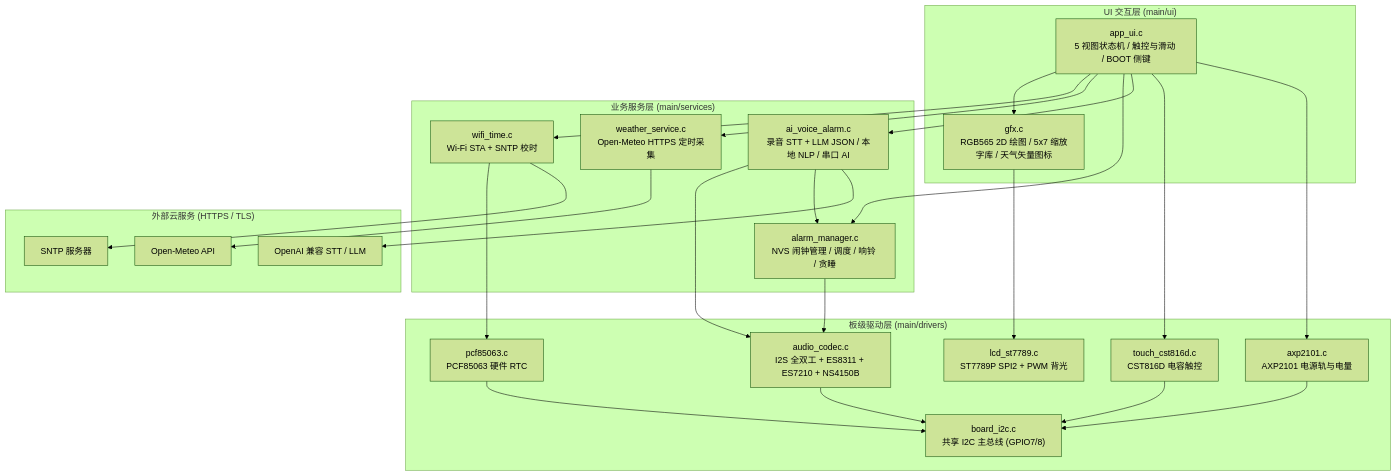
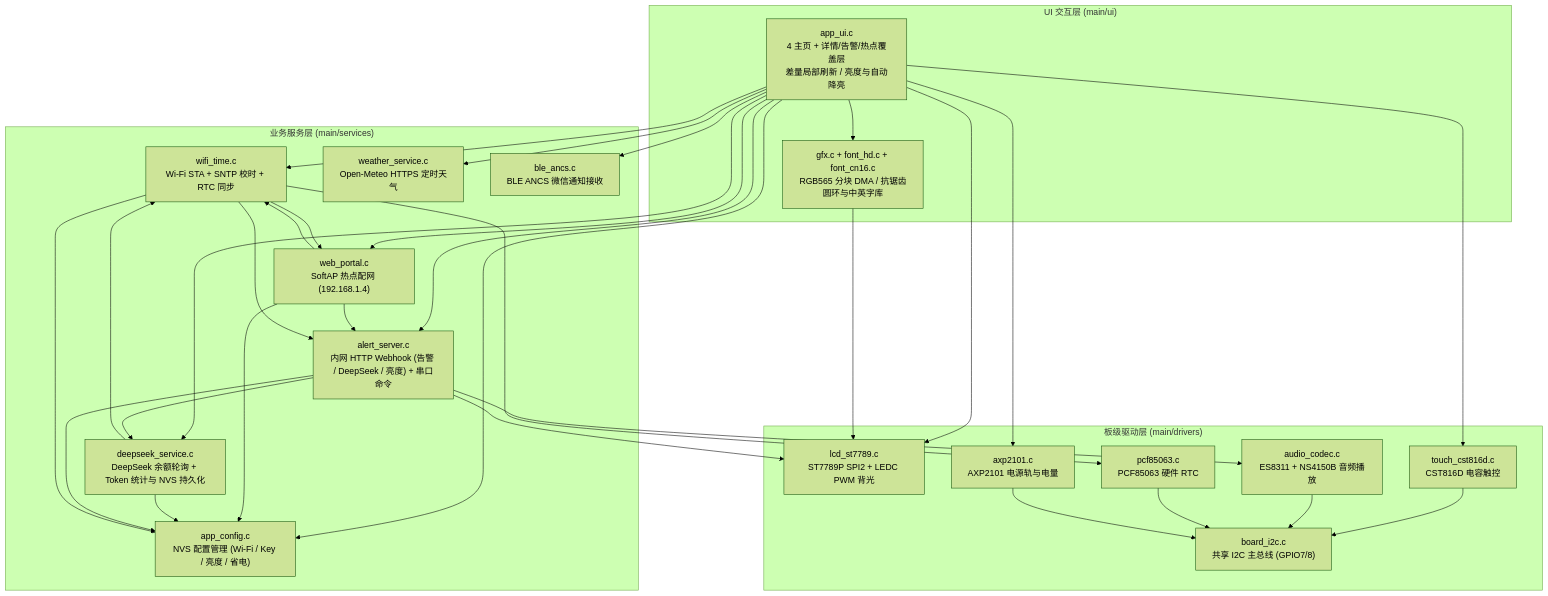
One commit to weilexia/esp32-c6 changed the diagram in README.md. Above: the diagram before and after it, drawn with Mermaid (forest theme). The commit also changed other lines of this file and 33 other files, not shown here.

````diff
--- a/README.md
+++ b/README.md
@@ -51,38 +62,35 @@
 ```mermaid
 flowchart TD
     subgraph UI["UI 交互层 (main/ui)"]
-        APP_UI["app_ui.c\n5 视图状态机 / 触控与滑动 / BOOT 侧键"]
-        GFX["gfx.c\nRGB565 2D 绘图 / 5x7 缩放字库 / 天气矢量图标"]
+        APP_UI["app_ui.c\n4 主页 + 详情/告警/热点覆盖层\n差量局部刷新 / 亮度与自动降亮"]
+        GFX["gfx.c + font_hd.c + font_cn16.c\nRGB565 分块 DMA / 抗锯齿圆环与中英字库"]
         APP_UI --> GFX
     end
 
     subgraph SVC["业务服务层 (main/services)"]
-        WIFI["wifi_time.c\nWi-Fi STA + SNTP 校时"]
-        WEATHER["weather_service.c\nOpen-Meteo HTTPS 定时采集"]
-        ALARM["alarm_manager.c\nNVS 闹钟管理 / 调度 / 响铃 / 贪睡"]
-        AI["ai_voice_alarm.c\n录音 STT + LLM JSON / 本地 NLP / 串口 AI"]
+        CFG["app_config.c\nNVS 配置管理 (Wi-Fi / Key / 亮度 / 省电)"]
+        WIFI["wifi_time.c\nWi-Fi STA + SNTP 校时 + RTC 同步"]
+        PORTAL["web_portal.c\nSoftAP 热点配网 (192.168.1.4)"]
+        DS["deepseek_service.c\nDeepSeek 余额轮询 + Token 统计与 NVS 持久化"]
+        SRV["alert_server.c\n内网 HTTP Webhook (告警 / DeepSeek / 亮度) + 串口命令"]
+        WEATHER["weather_service.c\nOpen-Meteo HTTPS 定时天气"]
+        BLE["ble_ancs.c\nBLE ANCS 微信通知接收"]
     end
 
     subgraph DRV["板级驱动层 (main/drivers)"]
-        LCD["lcd_st7789.c\nST7789P SPI2 + PWM 背光"]
+        LCD["lcd_st7789.c\nST7789P SPI2 + LEDC PWM 背光"]
         TOUCH["touch_cst816d.c\nCST816D 电容触控"]
-        AUDIO["audio_codec.c\nI2S 全双工 + ES8311 + ES7210 + NS4150B"]
+        AUDIO["audio_codec.c\nES8311 + NS4150B 音频播放"]
         RTC["pcf85063.c\nPCF85063 硬件 RTC"]
         PMIC["axp2101.c\nAXP2101 电源轨与电量"]
         I2C["board_i2c.c\n共享 I2C 主总线 (GPIO7/8)"]
     end
 
-    subgraph CLOUD["外部云服务 (HTTPS / TLS)"]
-        NTP["SNTP 服务器"]
-        OM["Open-Meteo API"]
-        LLM["OpenAI 兼容 STT / LLM"]
-    end
-
-    APP_UI --> WIFI & WEATHER & ALARM & AI & TOUCH & PMIC
+    APP_UI --> CFG & WIFI & PORTAL & DS & SRV & WEATHER & BLE & TOUCH & LCD & PMIC
     GFX --> LCD
-    WIFI --> RTC & NTP
-    WEATHER --> OM
-    ALARM --> AUDIO
-    AI --> AUDIO & ALARM & LLM
+    PORTAL --> CFG & WIFI & SRV
+    DS --> CFG & WIFI
+    SRV --> DS & AUDIO & LCD & CFG
+    WIFI --> CFG & RTC & PORTAL & SRV
     TOUCH & AUDIO & RTC & PMIC --> I2C
 ```
````
